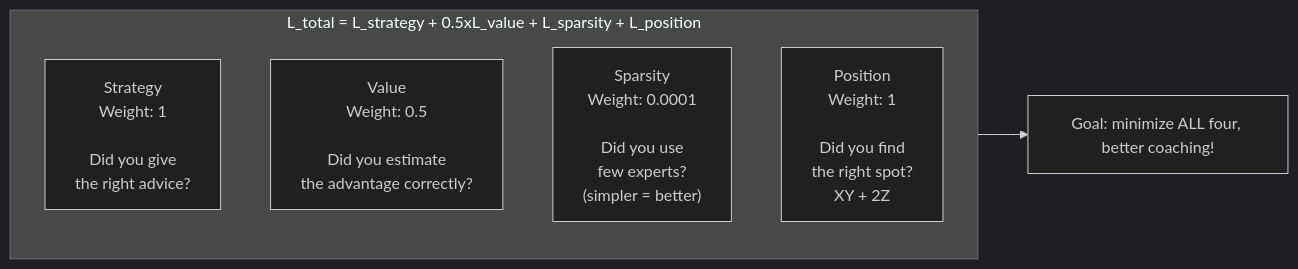
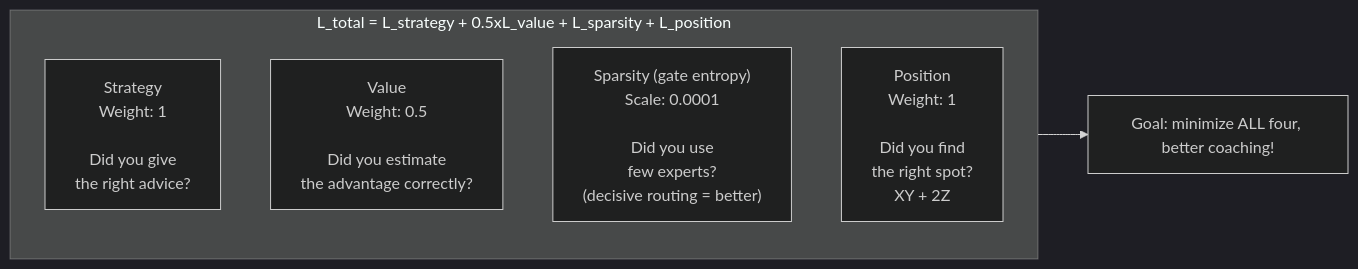
One commit to renanaugustomacena-ux/Counter-Strike-coach-AI changed the eighth of 16 diagrams in docs/books/Book-Coach-1B-en.md. Above: the diagram before and after it, drawn with Mermaid (dark theme). The commit also changed other lines of this file and 36 other files, not shown here.

````diff
--- a/docs/books/Book-Coach-1B-en.md
+++ b/docs/books/Book-Coach-1B-en.md
@@ -324,10 +325,10 @@
 ```mermaid
 flowchart LR
     subgraph LOSS["L_total = L_strategy + 0.5xL_value + L_sparsity + L_position"]
         S["Strategy<br/>Weight: 1<br/><br/>Did you give<br/>the right advice?"]
         V["Value<br/>Weight: 0.5<br/><br/>Did you estimate<br/>the advantage correctly?"]
-        SP["Sparsity<br/>Weight: 0.0001<br/><br/>Did you use<br/>few experts?<br/>(simpler = better)"]
+        SP["Sparsity (gate entropy)<br/>Scale: 0.0001<br/><br/>Did you use<br/>few experts?<br/>(decisive routing = better)"]
         P["Position<br/>Weight: 1<br/><br/>Did you find<br/>the right spot?<br/>XY + 2Z"]
     end
     LOSS --> GOAL["Goal: minimize ALL four, better coaching!"]
 ```
````
